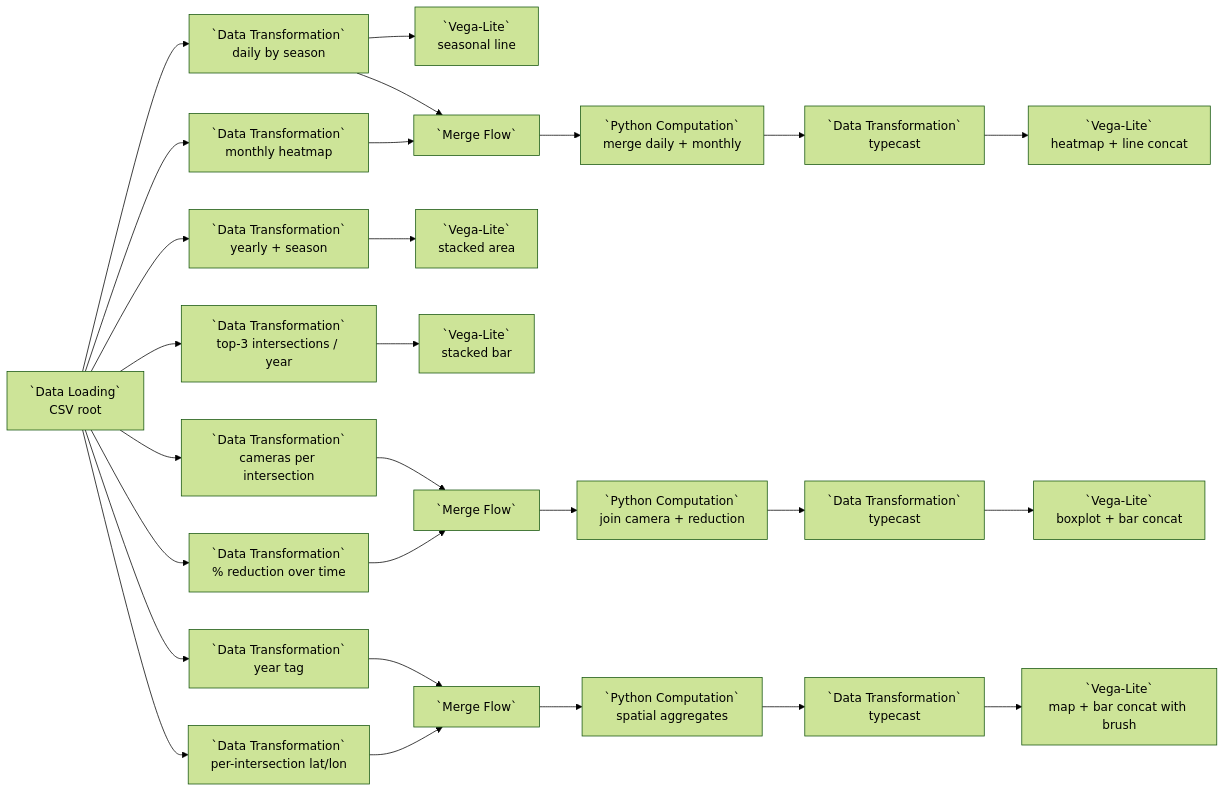
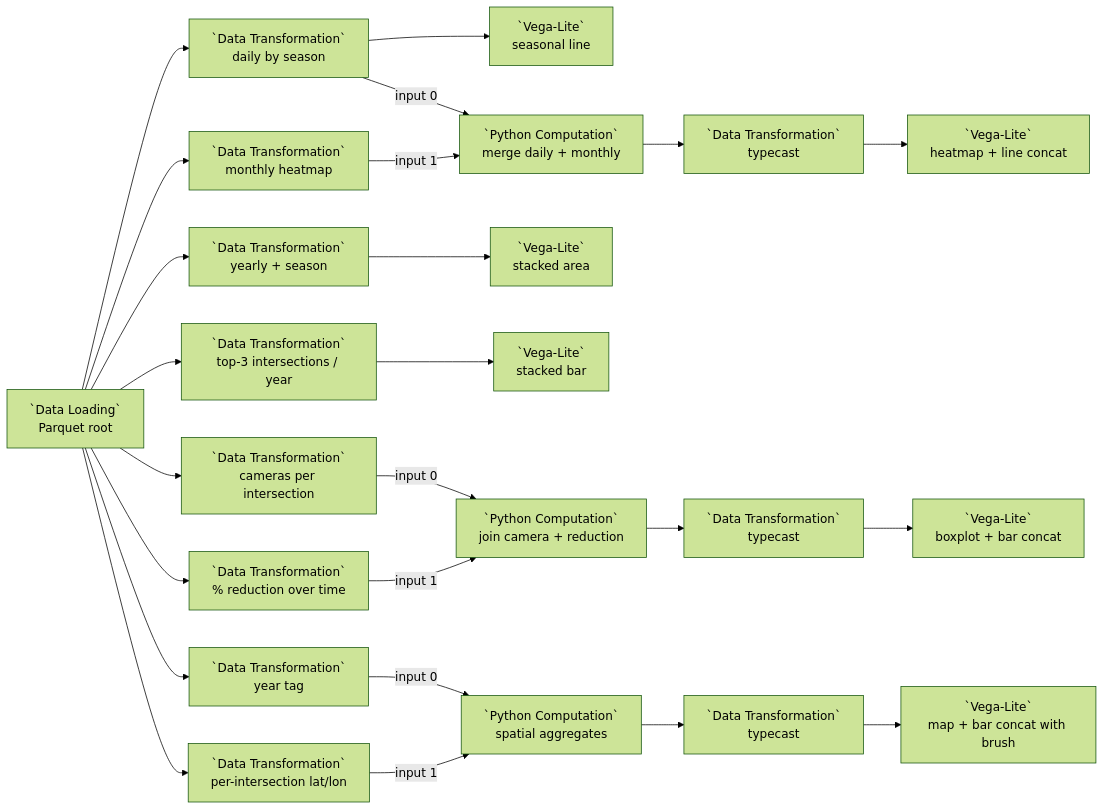
Before and after one commit to urban-toolkit/curio: the diagram in docs/examples/04-vega-lite-multi-flow-dashboard.md, drawn with Mermaid (forest theme). The commit also changed other lines of this file and 15 other files, not shown here.

Commit message:
Docs and walkthroughs wire flows straight into a node with several inputs

````diff
--- a/docs/examples/04-vega-lite-multi-flow-dashboard.md
+++ b/docs/examples/04-vega-lite-multi-flow-dashboard.md
@@ -9,24 +9,24 @@
 ```mermaid
 flowchart LR
-  L[`Data Loading`<br/>CSV root]
+  L[`Data Loading`<br/>Parquet root]
 
   L --> A[`Data Transformation`<br/>daily by season] --> AV[`Vega-Lite`<br/>seasonal line]
 
   L --> B1[`Data Transformation`<br/>monthly heatmap]
-  B1 --> BM[`Merge Flow`]
-  A --> BM --> BC[`Python Computation`<br/>merge daily + monthly] --> BT[`Data Transformation`<br/>typecast] --> BV[`Vega-Lite`<br/>heatmap + line concat]
+  A -->|input 0| BC[`Python Computation`<br/>merge daily + monthly]
+  B1 -->|input 1| BC --> BT[`Data Transformation`<br/>typecast] --> BV[`Vega-Lite`<br/>heatmap + line concat]
 
   L --> C[`Data Transformation`<br/>yearly + season] --> CV[`Vega-Lite`<br/>stacked area]
 
   L --> D[`Data Transformation`<br/>top-3 intersections / year] --> DV[`Vega-Lite`<br/>stacked bar]
 
   L --> E1[`Data Transformation`<br/>cameras per intersection]
   L --> E2[`Data Transformation`<br/>% reduction over time]
-  E1 --> EM[`Merge Flow`]
-  E2 --> EM --> EC[`Python Computation`<br/>join camera + reduction] --> ET[`Data Transformation`<br/>typecast] --> EV[`Vega-Lite`<br/>boxplot + bar concat]
+  E1 -->|input 0| EC[`Python Computation`<br/>join camera + reduction]
+  E2 -->|input 1| EC --> ET[`Data Transformation`<br/>typecast] --> EV[`Vega-Lite`<br/>boxplot + bar concat]
 
   L --> F1[`Data Transformation`<br/>year tag]
   L --> F2[`Data Transformation`<br/>per-intersection lat/lon]
-  F1 --> FM[`Merge Flow`]
-  F2 --> FM --> FC[`Python Computation`<br/>spatial aggregates] --> FT[`Data Transformation`<br/>typecast] --> FV[`Vega-Lite`<br/>map + bar concat with brush]
+  F1 -->|input 0| FC[`Python Computation`<br/>spatial aggregates]
+  F2 -->|input 1| FC --> FT[`Data Transformation`<br/>typecast] --> FV[`Vega-Lite`<br/>map + bar concat with brush]
 ```
````
